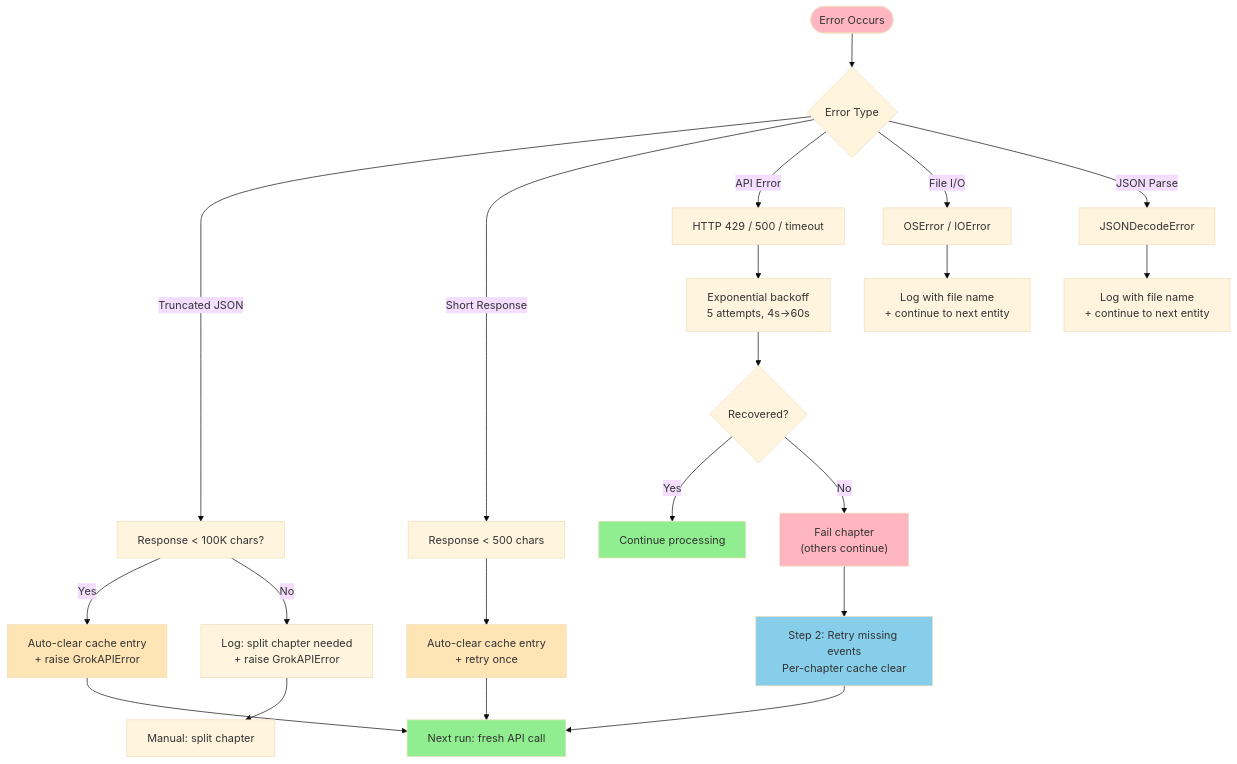
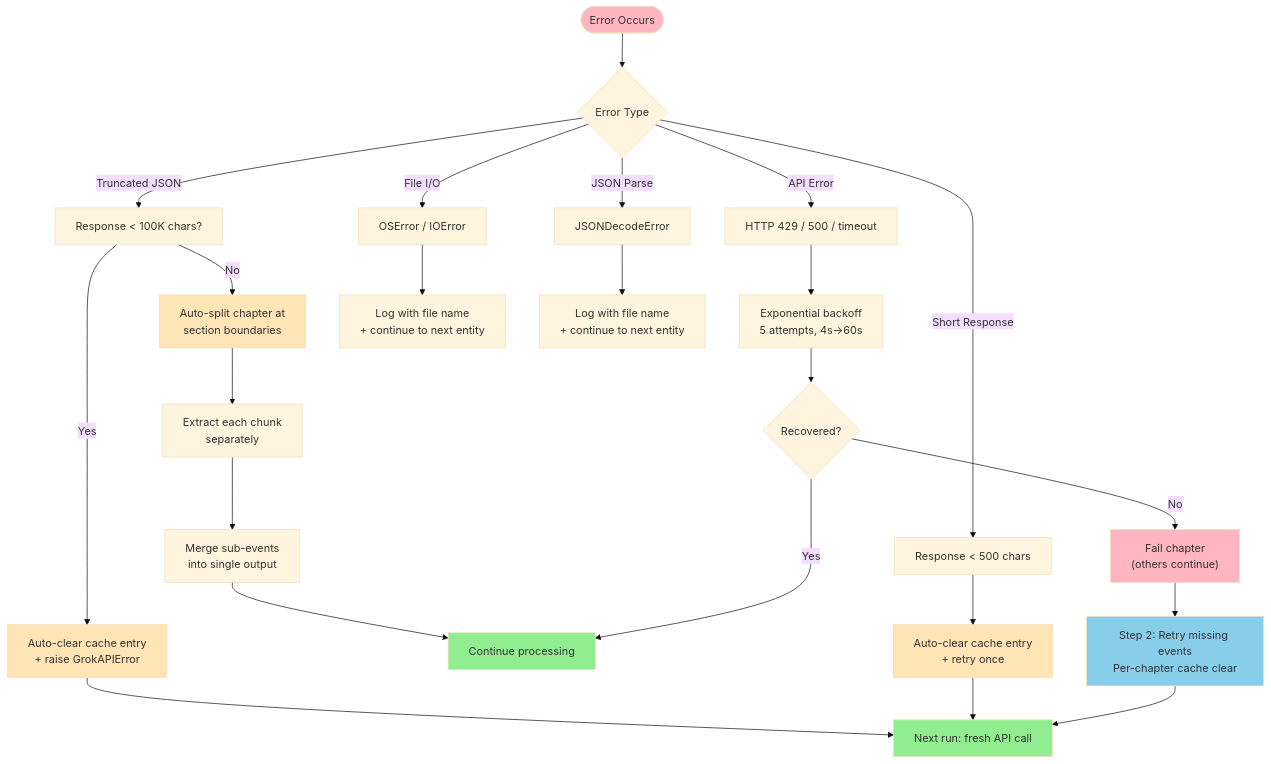
Before and after one commit to elasticfusion/SecondWorldWarAsData: diagram 11 of 12 in docs/current/core/WORKFLOW_DIAGRAMS.md, drawn with Mermaid (base theme). The commit also changed other lines of this file and 5 other files, not shown here.

Commit message:
chapterSplit

````diff
--- a/docs/current/core/WORKFLOW_DIAGRAMS.md
+++ b/docs/current/core/WORKFLOW_DIAGRAMS.md
@@ -501,38 +501,41 @@
 ```mermaid
 flowchart TD
     Error([Error Occurs]) --> Classify{Error Type}
     
     Classify -->|Truncated JSON| Truncated["Response < 100K chars?"]
     Classify -->|Short Response| Short["Response < 500 chars"]
     Classify -->|API Error| APIErr["HTTP 429 / 500 / timeout"]
     Classify -->|File I/O| FileErr["OSError / IOError"]
     Classify -->|JSON Parse| JSONErr["JSONDecodeError"]
     
     Truncated -->|Yes| AutoClear1["Auto-clear cache entry<br/>+ raise GrokAPIError"]
-    Truncated -->|No| LogSplit["Log: split chapter needed<br/>+ raise GrokAPIError"]
+    Truncated -->|No| AutoSplit["Auto-split chapter at<br/>section boundaries"]
+    AutoSplit --> ExtractChunks["Extract each chunk<br/>separately"]
+    ExtractChunks --> MergeResults["Merge sub-events<br/>into single output"]
+    MergeResults --> Continue
     
     Short --> AutoClear2["Auto-clear cache entry<br/>+ retry once"]
     
     APIErr --> Backoff["Exponential backoff<br/>5 attempts, 4s→60s"]
     Backoff --> Recovered{Recovered?}
     Recovered -->|Yes| Continue[Continue processing]
     Recovered -->|No| FailChapter["Fail chapter<br/>(others continue)"]
     
     FileErr --> LogFile["Log with file name<br/>+ continue to next entity"]
     JSONErr --> LogJSON["Log with file name<br/>+ continue to next entity"]
     
     AutoClear1 --> NextRun["Next run: fresh API call"]
     AutoClear2 --> NextRun
-    LogSplit --> Manual["Manual: split chapter"]
     
     FailChapter --> RetryStep["Step 2: Retry missing events<br/>Per-chapter cache clear"]
     RetryStep --> NextRun
     
     style Error fill:#FFB6C1
     style AutoClear1 fill:#FFE4B5
     style AutoClear2 fill:#FFE4B5
+    style AutoSplit fill:#FFE4B5
     style Continue fill:#90EE90
     style NextRun fill:#90EE90
     style FailChapter fill:#FFB6C1
     style RetryStep fill:#87CEEB
 ```
````
